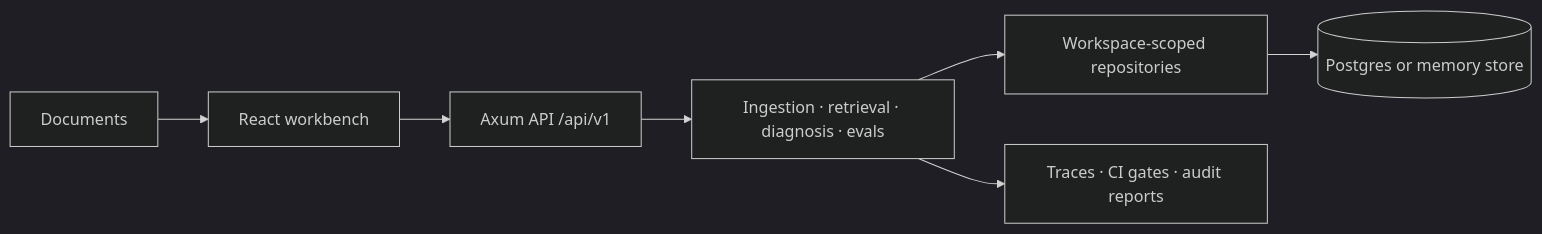
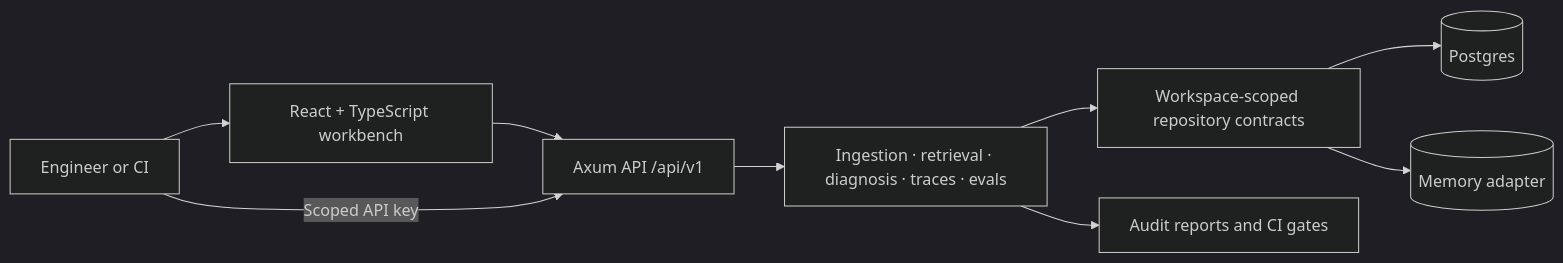
The diagram in README.md (MuneebHoda/RAG-Debugger), drawn with Mermaid (dark theme) before and after one commit. The commit also changed other lines of this file, not shown here.

````diff
--- a/README.md
+++ b/README.md
@@ -42,9 +125,11 @@
 ```mermaid
 flowchart LR
-    D[Documents] --> W[React workbench]
+    U[Engineer or CI] --> W[React + TypeScript workbench]
     W --> A[Axum API /api/v1]
-    A --> R[Ingestion · retrieval · diagnosis · evals]
-    R --> S[Workspace-scoped repositories]
-    S --> P[(Postgres or memory store)]
-    R --> O[Traces · CI gates · audit reports]
+    U -->|Scoped API key| A
+    A --> R[Ingestion · retrieval · diagnosis · traces · evals]
+    R --> S[Workspace-scoped repository contracts]
+    S --> P[(Postgres)]
+    S --> M[(Memory adapter)]
+    R --> O[Audit reports and CI gates]
 ```
````
